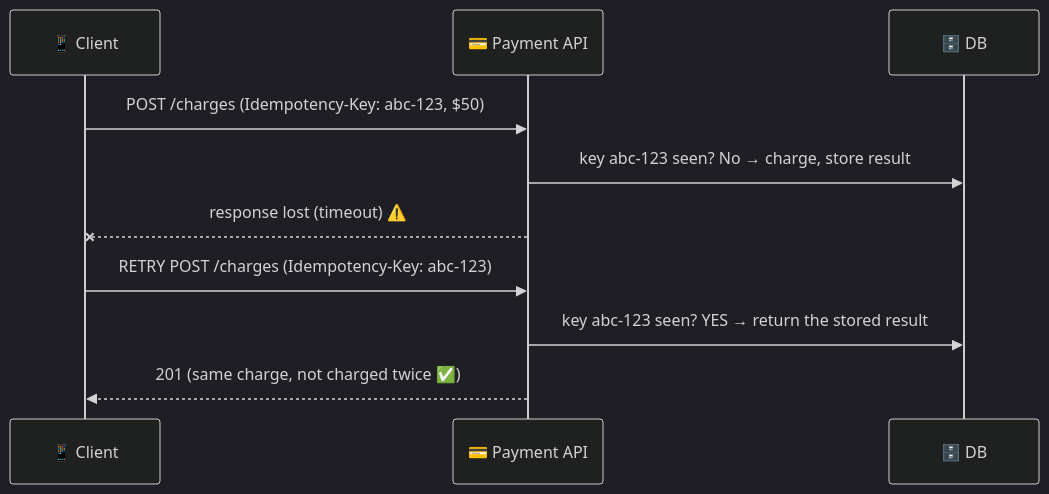
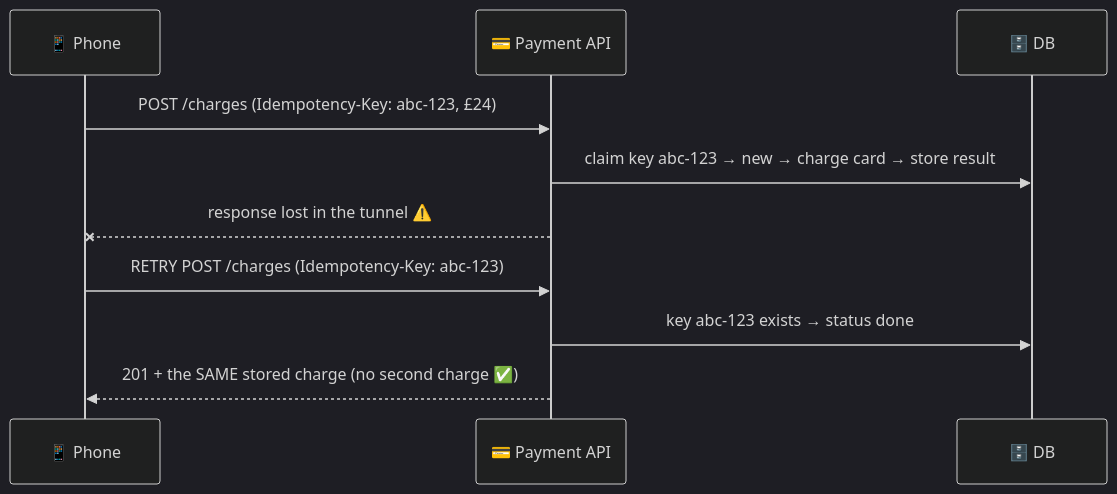
One commit to winnyboy5/System-Design-from-Atoms changed the diagram in phases/06-scaling-data/055-idempotency.md. Above: the diagram before and after it, drawn with Mermaid (dark theme). The commit also changed other lines of this file and 9 other files, not shown here.

````diff
--- a/phases/06-scaling-data/055-idempotency.md
+++ b/phases/06-scaling-data/055-idempotency.md
@@ -28,12 +39,12 @@
 ```mermaid
 sequenceDiagram
-    participant C as 📱 Client
+    participant C as 📱 Phone
     participant S as 💳 Payment API
     participant DB as 🗄️ DB
-    C->>S: POST /charges (Idempotency-Key: abc-123, $50)
-    S->>DB: key abc-123 seen? No → charge, store result
-    S--xC: response lost (timeout) ⚠️
+    C->>S: POST /charges (Idempotency-Key: abc-123, £24)
+    S->>DB: claim key abc-123 → new → charge card → store result
+    S--xC: response lost in the tunnel ⚠️
     C->>S: RETRY POST /charges (Idempotency-Key: abc-123)
-    S->>DB: key abc-123 seen? YES → return the stored result
-    S-->>C: 201 (same charge, not charged twice ✅)
+    S->>DB: key abc-123 exists → status done
+    S-->>C: 201 + the SAME stored charge (no second charge ✅)
 ```
````
